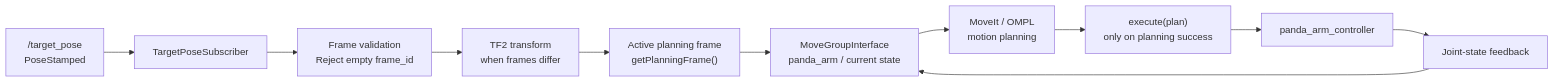
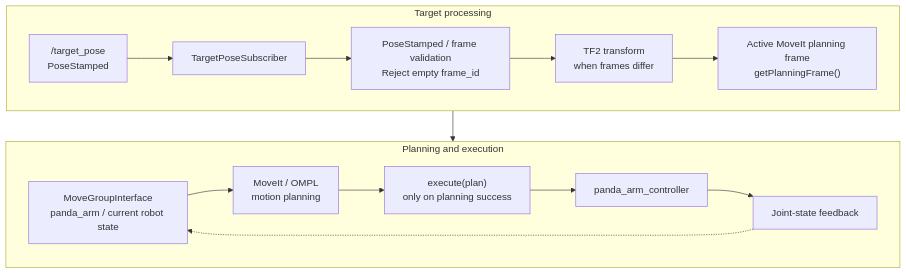
The diagram in README.md (thomas87920386/ros2-moveit2-panda-manipulation), drawn with Mermaid before and after one commit. The commit also changed other lines of this file, not shown here.

Commit message:
Improve README architecture layout

````diff
--- a/README.md
+++ b/README.md
@@ -33,13 +33,21 @@
 ```mermaid
-flowchart LR
-    A["/target_pose<br/>PoseStamped"] --> B[TargetPoseSubscriber]
-    B --> C["Frame validation<br/>Reject empty frame_id"]
-    C --> D["TF2 transform<br/>when frames differ"]
-    D --> E["Active planning frame<br/>getPlanningFrame()"]
-    E --> F["MoveGroupInterface<br/>panda_arm / current state"]
-    F --> G["MoveIt / OMPL<br/>motion planning"]
-    G --> H["execute(plan)<br/>only on planning success"]
-    H --> I[panda_arm_controller]
-    I --> J[Joint-state feedback]
-    J --> F
+flowchart TB
+    subgraph input_row["Target processing"]
+        direction LR
+        A["/target_pose<br/>PoseStamped"] --> B["TargetPoseSubscriber"]
+        B --> C["PoseStamped / frame validation<br/>Reject empty frame_id"]
+        C --> D["TF2 transform<br/>when frames differ"]
+        D --> E["Active MoveIt planning frame<br/>getPlanningFrame()"]
+    end
+
+    subgraph motion_row["Planning and execution"]
+        direction LR
+        F["MoveGroupInterface<br/>panda_arm / current robot state"] --> G["MoveIt / OMPL<br/>motion planning"]
+        G --> H["execute(plan)<br/>only on planning success"]
+        H --> I["panda_arm_controller"]
+        I --> J["Joint-state feedback"]
+        J -.-> F
+    end
+
+    input_row --> motion_row
 ```
````
